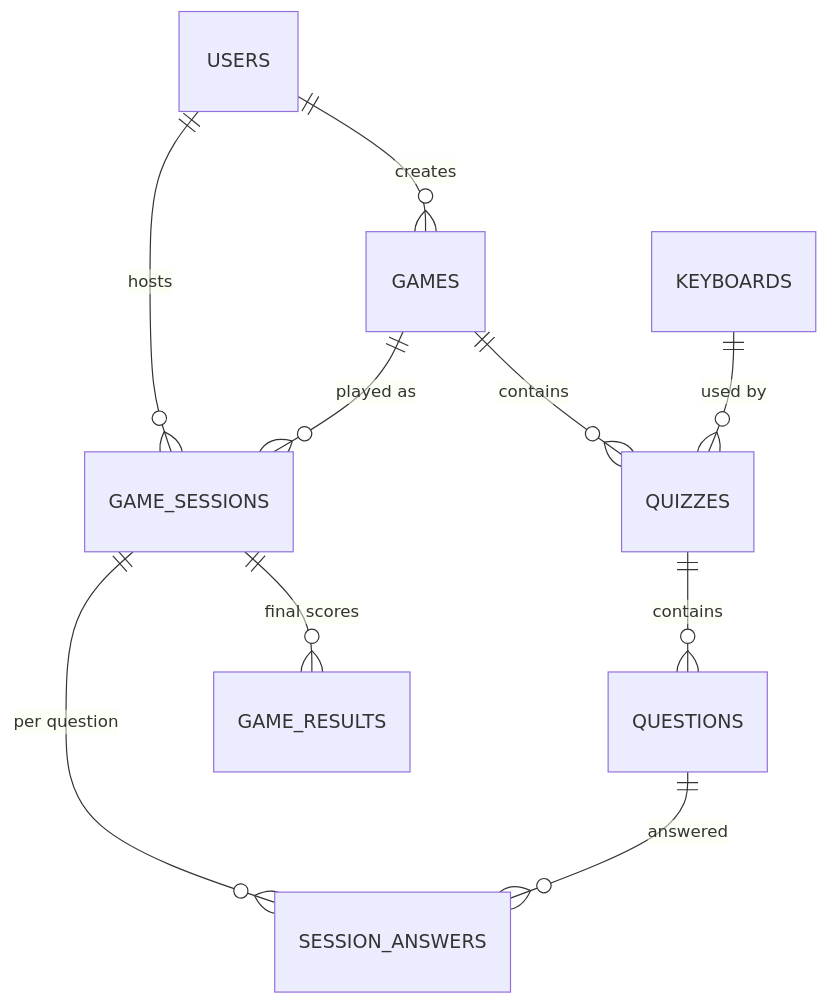
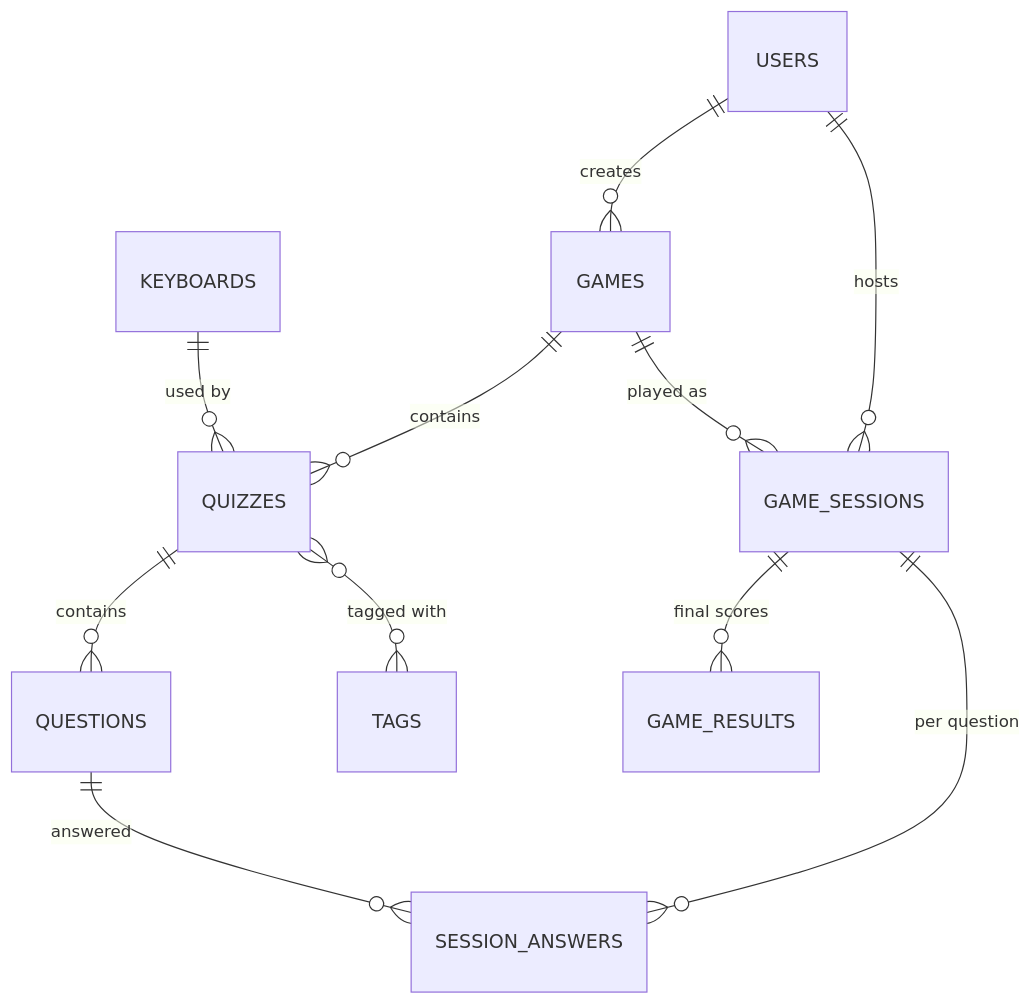
One commit to nghiadvt/thay-dat-chemistry-learning changed the diagram in docs/DATA_MODEL.md. Above: the diagram before and after it, drawn with Mermaid. The commit also changed other lines of this file and 91 other files, not shown here.

````diff
--- a/docs/DATA_MODEL.md
+++ b/docs/DATA_MODEL.md
@@ -12,12 +12,13 @@
 ```mermaid
 erDiagram
   USERS ||--o{ GAMES : creates
   USERS ||--o{ GAME_SESSIONS : hosts
   GAMES ||--o{ QUIZZES : contains
   KEYBOARDS ||--o{ QUIZZES : "used by"
   QUIZZES ||--o{ QUESTIONS : contains
+  QUIZZES }o--o{ TAGS : "tagged with"
   GAMES ||--o{ GAME_SESSIONS : "played as"
   GAME_SESSIONS ||--o{ GAME_RESULTS : "final scores"
   GAME_SESSIONS ||--o{ SESSION_ANSWERS : "per question"
   QUESTIONS ||--o{ SESSION_ANSWERS : answered
 ```
````
